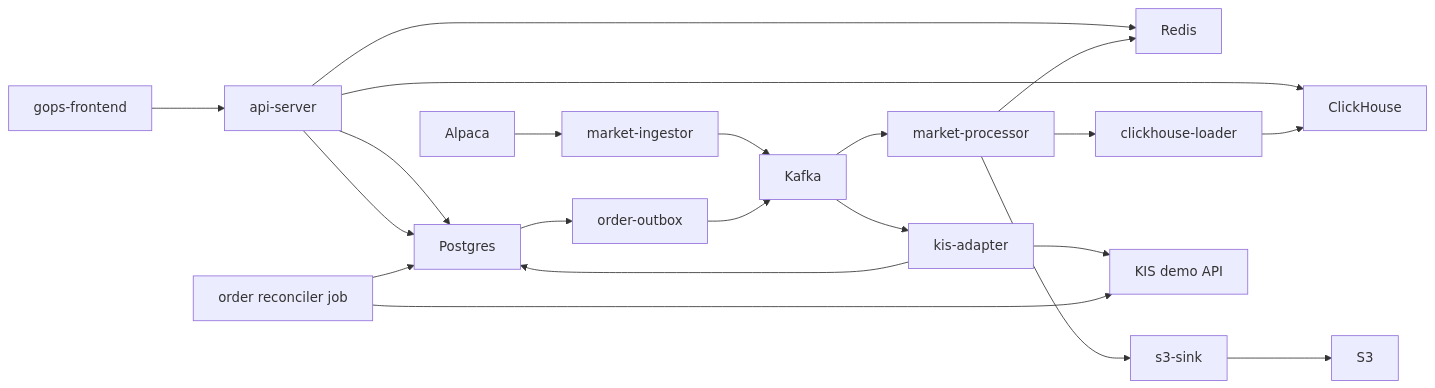
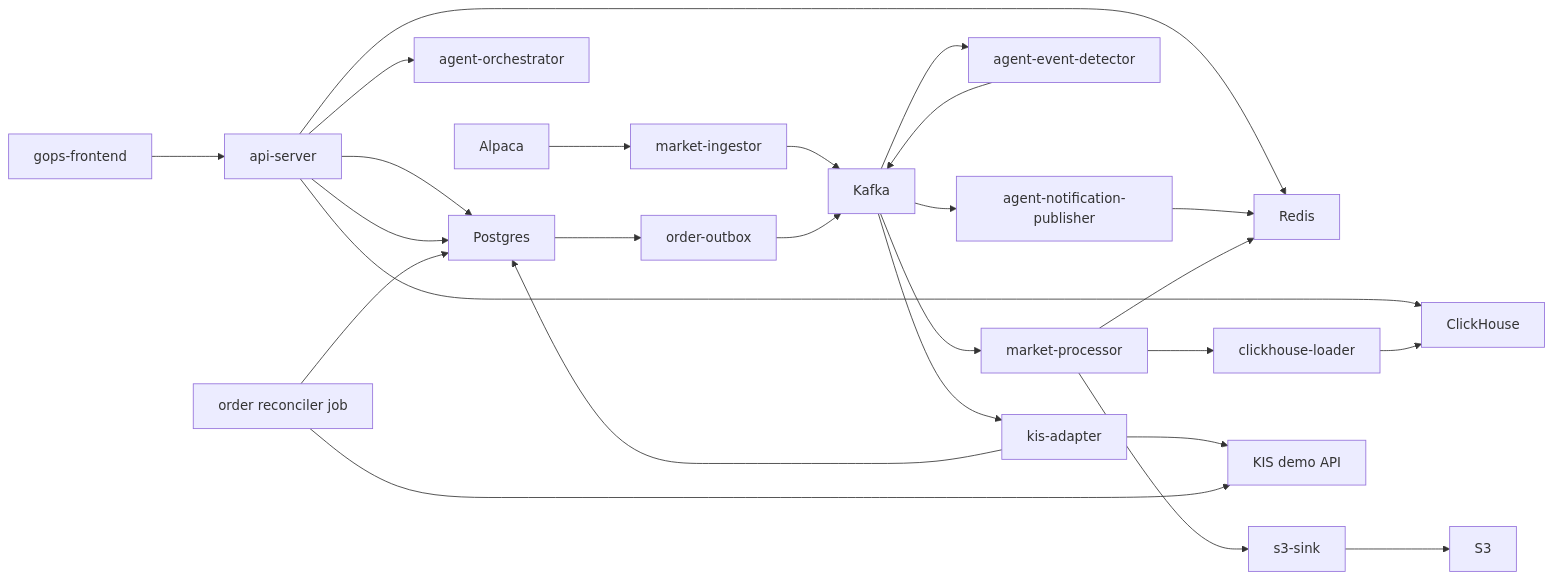
One commit to seunglee10/GOPS-BE changed the diagram in README.md. Above: the diagram before and after it, drawn with Mermaid. The commit also changed other lines of this file and 38 other files, not shown here.

````diff
--- a/README.md
+++ b/README.md
@@ -58,23 +60,27 @@
 ```mermaid
 flowchart LR
   FE["gops-frontend"] --> API["api-server"]
   API --> Redis["Redis"]
   API --> CH["ClickHouse"]
   API --> PG["Postgres"]
+  API --> AgentOrch["agent-orchestrator"]
 
   Alpaca["Alpaca"] --> Ingestor["market-ingestor"]
   Ingestor --> Kafka["Kafka"]
   Kafka --> Processor["market-processor"]
+  Kafka --> EventDetector["agent-event-detector"]
+  EventDetector --> Kafka
+  Kafka --> AlertPublisher["agent-notification-publisher"] --> Redis
   Processor --> Redis
   Processor --> S3Sink["s3-sink"] --> S3["S3"]
   Processor --> CHLoader["clickhouse-loader"] --> CH
 
   API --> PG
   PG --> Outbox["order-outbox"]
   Outbox --> Kafka
   Kafka --> KISAdapter["kis-adapter"]
   KISAdapter --> KIS["KIS demo API"]
   KISAdapter --> PG
   Reconciler["order reconciler job"] --> PG
   Reconciler --> KIS
 ```
````
